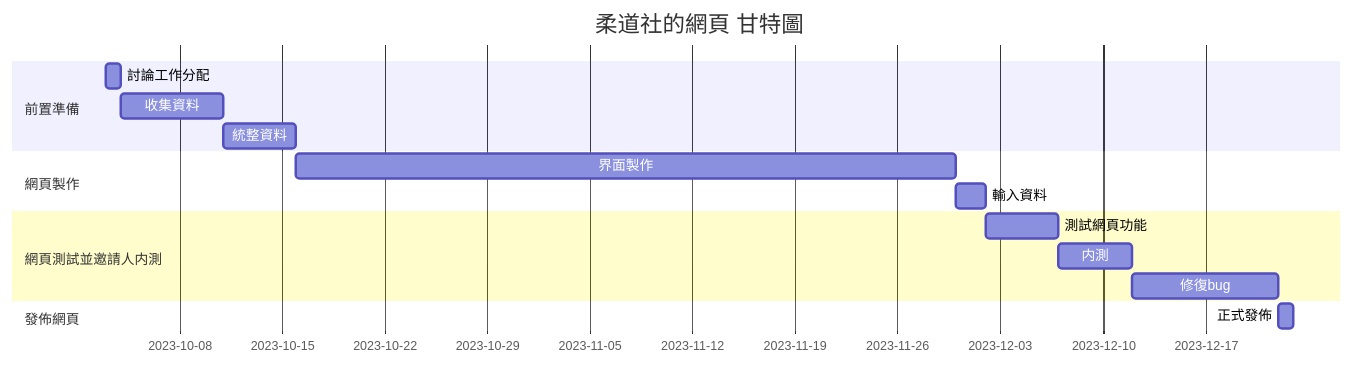
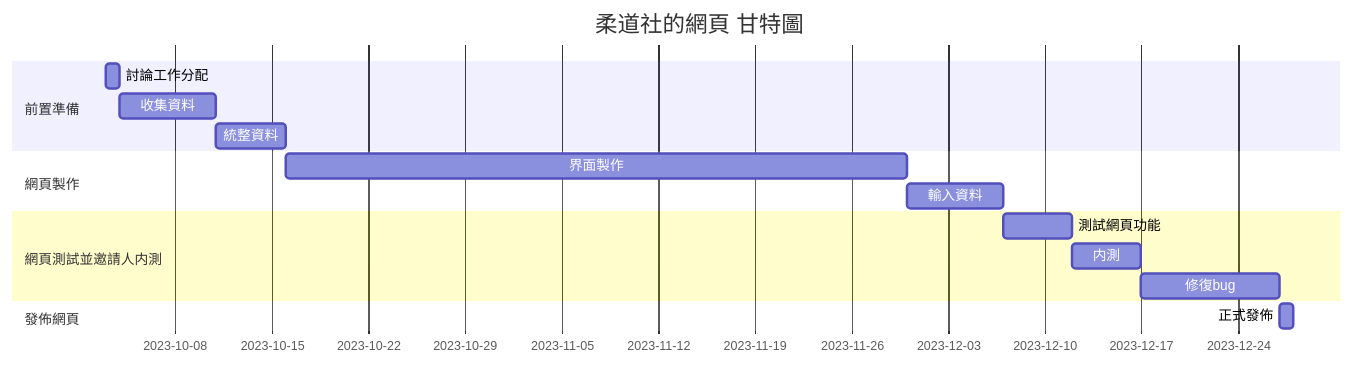
Before and after one commit to azsx1674/SAaDT: the diagram in README.md, drawn with Mermaid.

````diff
--- a/README.md
+++ b/README.md
@@ -23,18 +23,18 @@
 ```mermaid
 gantt
     title 柔道社的網頁 甘特圖
     dateFormat  YYYY-MM-DD
     section 前置準備
     討論工作分配           :a1, 2023-10-03, 1d
     收集資料     :a2, after a1  , 7d
     統整資料     :a3, after a2  , 5d
     section 網頁製作
     界面製作     :a4, after a3  , 45d
-    輸入資料      :a5, after a4  , 2d
+    輸入資料      :a5, after a4  , 7d
     section 網頁測試並邀請人内測
     測試網頁功能      :a6, after a5  , 5d
     内測        :a7, after a6, 5d
     修復bug      :a8, after a7, 10d
     section 發佈網頁
     正式發佈     :a9, after a8, 1d
 ```
````
